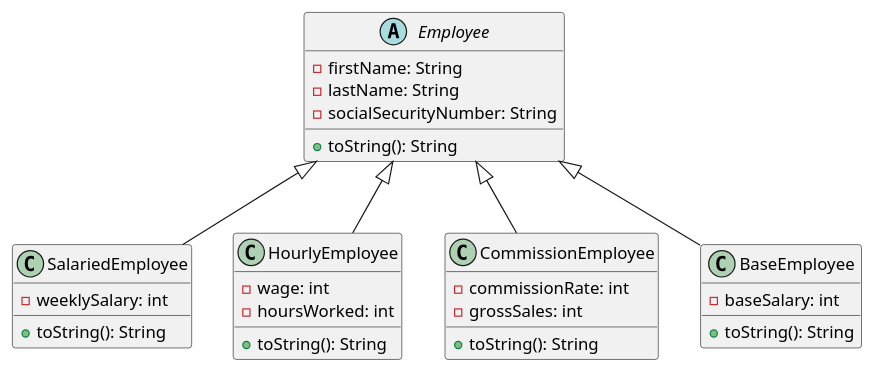
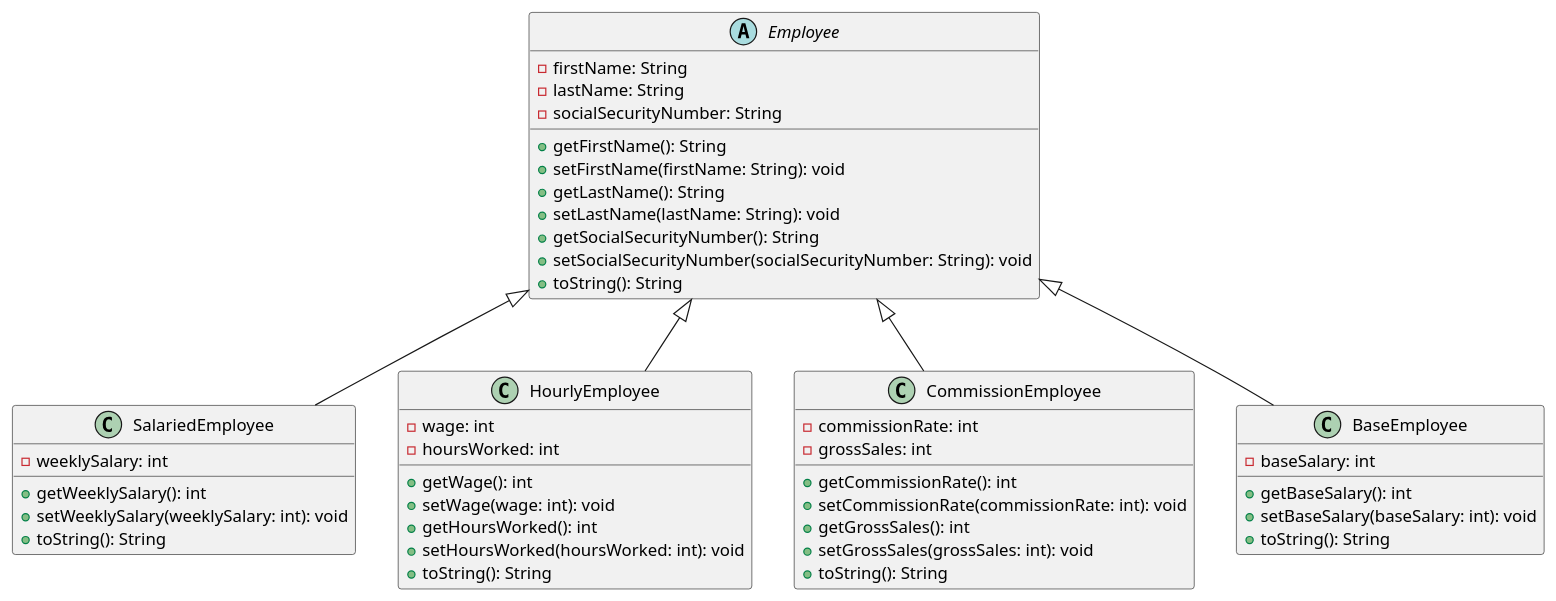
One commit to JRSiwiecki/CS4800-HW3 changed the diagram in class-diagram-1.puml. Above: the diagram before and after it, drawn with PlantUML.

Commit message:
Update Part 1 Q1

```diff
--- a/class-diagram-1.puml
+++ b/class-diagram-1.puml
@@ -1,37 +1,55 @@
 @startuml
 'https://plantuml.com/class-diagram
 
 abstract class Employee {
     - firstName: String
     - lastName: String
     - socialSecurityNumber: String
+    + getFirstName(): String
+    + setFirstName(firstName: String): void
+    + getLastName(): String
+    + setLastName(lastName: String): void
+    + getSocialSecurityNumber(): String
+    + setSocialSecurityNumber(socialSecurityNumber: String): void
     + toString(): String
 }
 
 Employee <|-- SalariedEmployee
 class SalariedEmployee {
     - weeklySalary: int
+    + getWeeklySalary(): int
+    + setWeeklySalary(weeklySalary: int): void
     + toString(): String
 }
 
 Employee <|-- HourlyEmployee
 class HourlyEmployee {
     - wage: int
     - hoursWorked: int
+    + getWage(): int
+    + setWage(wage: int): void
+    + getHoursWorked(): int
+    + setHoursWorked(hoursWorked: int): void
     + toString(): String
 }
 
 Employee <|-- CommissionEmployee
 class CommissionEmployee {
     - commissionRate: int
     - grossSales: int
+    + getCommissionRate(): int
+    + setCommissionRate(commissionRate: int): void
+    + getGrossSales(): int
+    + setGrossSales(grossSales: int): void
     + toString(): String
 }
 
 Employee <|-- BaseEmployee
 class BaseEmployee {
     - baseSalary: int
+    + getBaseSalary(): int
+    + setBaseSalary(baseSalary: int): void
     + toString(): String
 }
 
 @enduml
```
